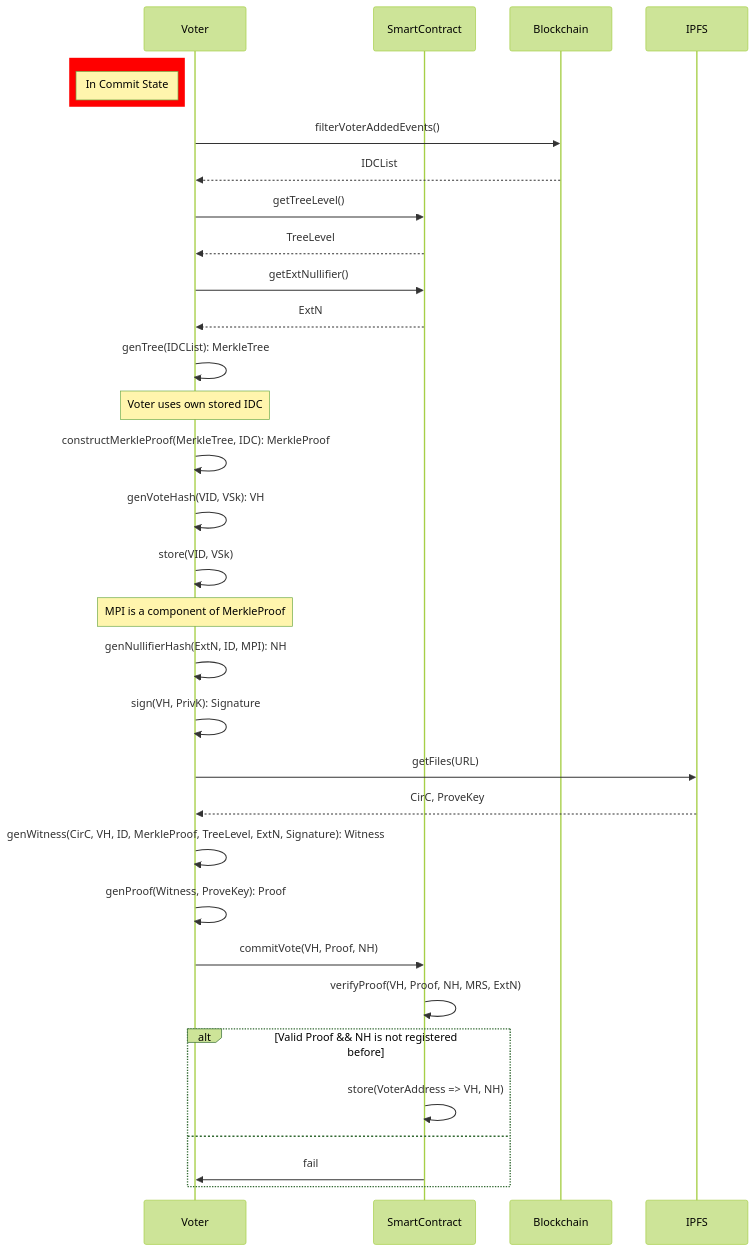
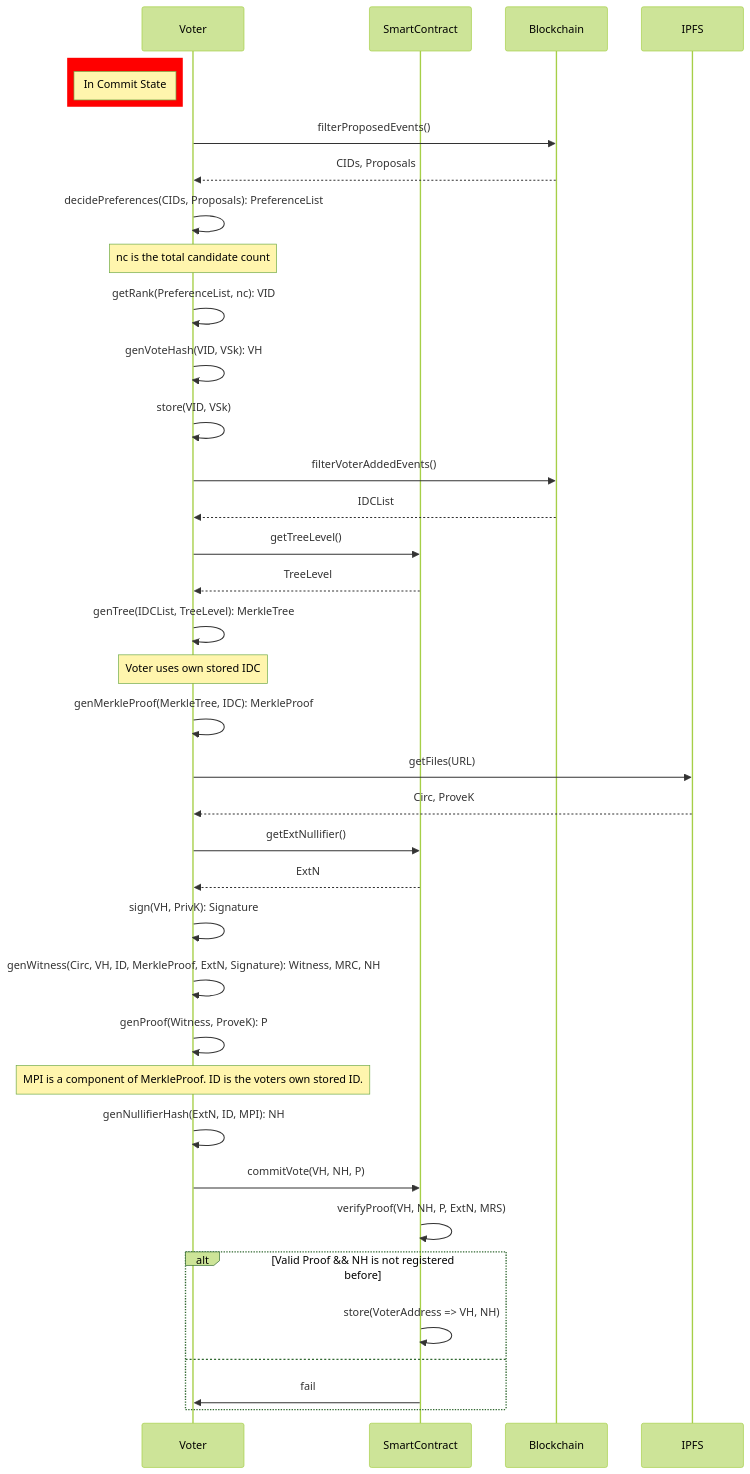
Before and after one commit to ceyonur/electanon: the diagram in docs/flows/basic/commit-vote.mmd, drawn with Mermaid (forest theme). The commit also changed 1302 other files, not shown here.

```diff
--- a/docs/flows/basic/commit-vote.mmd
+++ b/docs/flows/basic/commit-vote.mmd
@@ -1,31 +1,36 @@
 sequenceDiagram
 participant Voter
 rect rgb(255, 0, 0)
 note left of Voter: In Commit State
 end
 participant SC as SmartContract
+Voter->>Blockchain: filterProposedEvents()
+Blockchain-->>Voter: CIDs, Proposals
+Voter->>Voter: decidePreferences(CIDs, Proposals): PreferenceList
+Note over Voter,Voter: nc is the total candidate count
+Voter->>Voter: getRank(PreferenceList, nc): VID
+Voter->>Voter: genVoteHash(VID, VSk): VH
+Voter->>Voter: store(VID, VSk)
 Voter->>Blockchain: filterVoterAddedEvents()
 Blockchain-->>Voter: IDCList
 Voter->>SC: getTreeLevel()
 SC-->>Voter: TreeLevel
+Voter->>Voter: genTree(IDCList, TreeLevel): MerkleTree
+Note over Voter,Voter: Voter uses own stored IDC
+Voter->>Voter: genMerkleProof(MerkleTree, IDC): MerkleProof
+Voter ->> IPFS: getFiles(URL)
+IPFS -->> Voter: Circ, ProveK
 Voter->>SC: getExtNullifier()
 SC-->>Voter: ExtN
-Voter->>Voter: genTree(IDCList): MerkleTree
-Note over Voter,Voter: Voter uses own stored IDC
-Voter->>Voter: constructMerkleProof(MerkleTree, IDC): MerkleProof
-Voter->>Voter: genVoteHash(VID, VSk): VH
-Voter->>Voter: store(VID, VSk)
-Note over Voter: MPI is a component of MerkleProof
+Voter ->>Voter: sign(VH, PrivK): Signature
+Voter->>Voter: genWitness(Circ, VH, ID, MerkleProof, ExtN, Signature): Witness, MRC, NH
+Voter->>Voter: genProof(Witness, ProveK): P
+Note over Voter: MPI is a component of MerkleProof. ID is the voters own stored ID.
 Voter->>Voter: genNullifierHash(ExtN, ID, MPI): NH
-Voter ->>Voter: sign(VH, PrivK): Signature
-Voter ->> IPFS: getFiles(URL)
-IPFS -->> Voter: CirC, ProveKey
-Voter->>Voter: genWitness(CirC, VH, ID, MerkleProof, TreeLevel, ExtN, Signature): Witness
-Voter->>Voter: genProof(Witness, ProveKey): Proof
-Voter->>SC: commitVote(VH, Proof, NH)
-SC->>SC: verifyProof(VH, Proof, NH, MRS, ExtN)
+Voter->>SC: commitVote(VH, NH, P)
+SC->>SC: verifyProof(VH, NH, P, ExtN, MRS)
 alt Valid Proof && NH is not registered before
   SC->>SC:store(VoterAddress => VH, NH)
 else
   SC->>Voter: fail
 end
```
